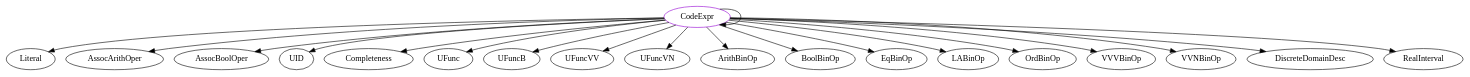
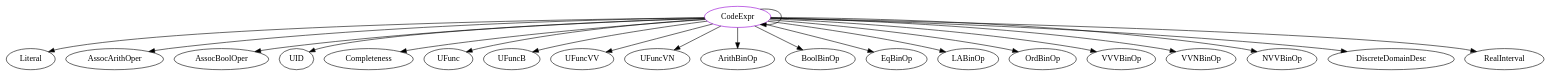
The diagram in analysis/TypeDependencyGraphs/code-base/CodeExpr.dot (JacquesCarette/Drasil), drawn with Graphviz before and after one commit. The commit also changed 654 other files, not shown here.

```diff
--- a/analysis/TypeDependencyGraphs/code-base/CodeExpr.dot
+++ b/analysis/TypeDependencyGraphs/code-base/CodeExpr.dot
@@ -1,22 +1,23 @@
 digraph codeexpr{
 CodeExpr	[shape=oval, color=darkviolet, label="CodeExpr"];
 CodeExpr -> Literal;
 CodeExpr -> CodeExpr;
 CodeExpr -> AssocArithOper;
 CodeExpr -> AssocBoolOper;
 CodeExpr -> UID;
 CodeExpr -> Completeness;
 CodeExpr -> UFunc;
 CodeExpr -> UFuncB;
 CodeExpr -> UFuncVV;
 CodeExpr -> UFuncVN;
 CodeExpr -> ArithBinOp;
 CodeExpr -> BoolBinOp;
 CodeExpr -> EqBinOp;
 CodeExpr -> LABinOp;
 CodeExpr -> OrdBinOp;
 CodeExpr -> VVVBinOp;
 CodeExpr -> VVNBinOp;
+CodeExpr -> NVVBinOp;
 CodeExpr -> DiscreteDomainDesc;
 CodeExpr -> RealInterval;
 }
```
